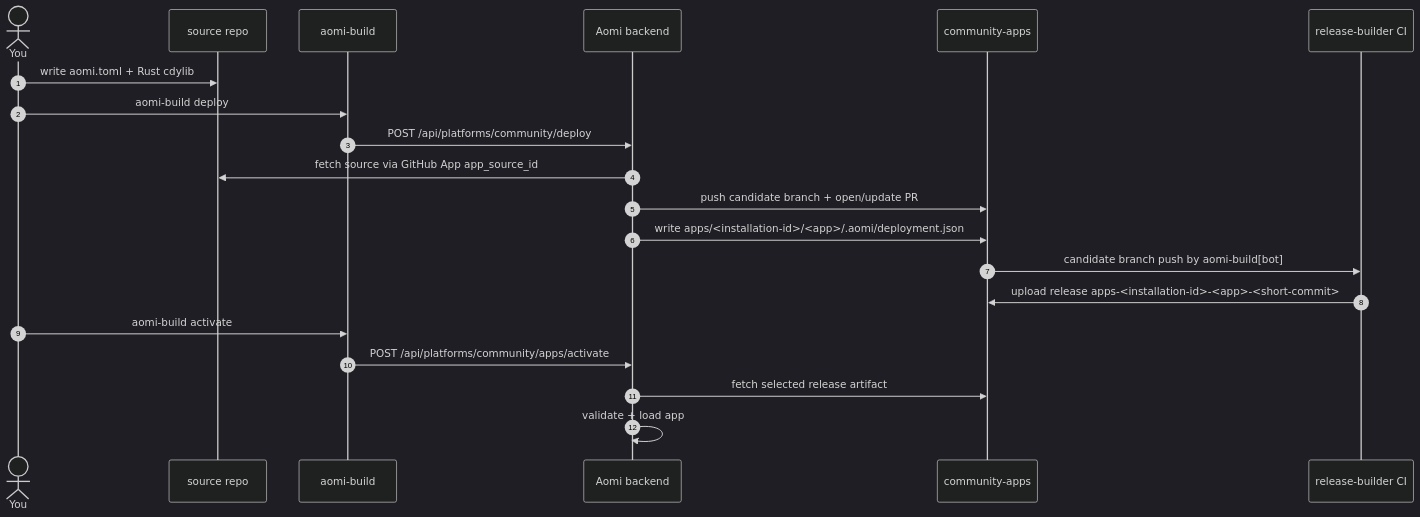
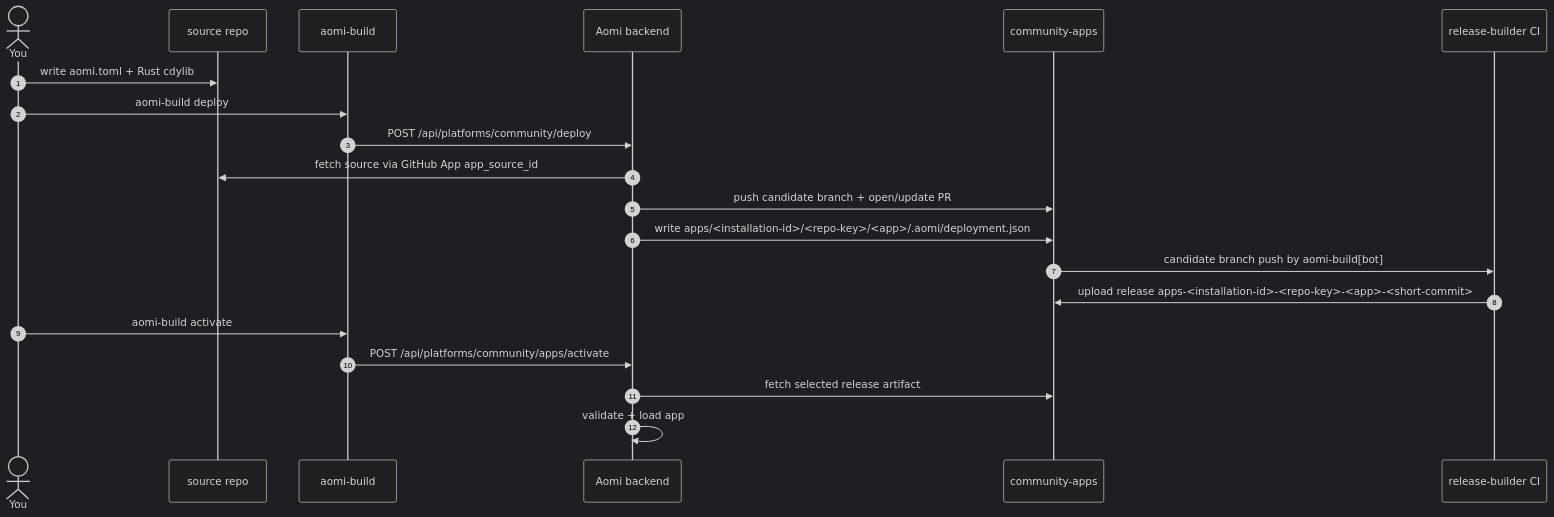
Before and after one commit to aomi-labs/community-apps: the diagram in CONTRIBUTING.md, drawn with Mermaid (dark theme). The commit also changed other lines of this file, not shown here.

First line of the commit message:
docs: update launch guide for repo-keyed candidate paths

````diff
--- a/CONTRIBUTING.md
+++ b/CONTRIBUTING.md
@@ -24,23 +24,23 @@
 ```mermaid
 sequenceDiagram
     autonumber
     actor You
     participant Src as source repo
     participant CLI as aomi-build
     participant BE as Aomi backend
     participant Repo as community-apps
     participant CI as release-builder CI
 
     You->>Src: write aomi.toml + Rust cdylib
     You->>CLI: aomi-build deploy
     CLI->>BE: POST /api/platforms/community/deploy
     BE->>Src: fetch source via GitHub App app_source_id
     BE->>Repo: push candidate branch + open/update PR
-    BE->>Repo: write apps/<installation-id>/<app>/.aomi/deployment.json
+    BE->>Repo: write apps/<installation-id>/<repo-key>/<app>/.aomi/deployment.json
     Repo->>CI: candidate branch push by aomi-build[bot]
-    CI->>Repo: upload release apps-<installation-id>-<app>-<short-commit>
+    CI->>Repo: upload release apps-<installation-id>-<repo-key>-<app>-<short-commit>
     You->>CLI: aomi-build activate
     CLI->>BE: POST /api/platforms/community/apps/activate
     BE->>Repo: fetch selected release artifact
     BE->>BE: validate + load app
 ```
````
